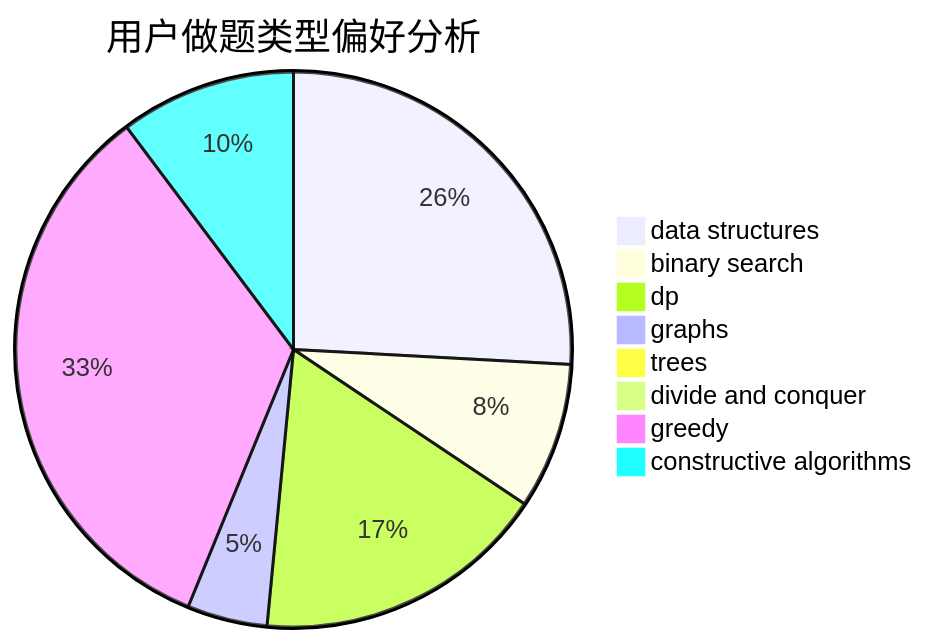
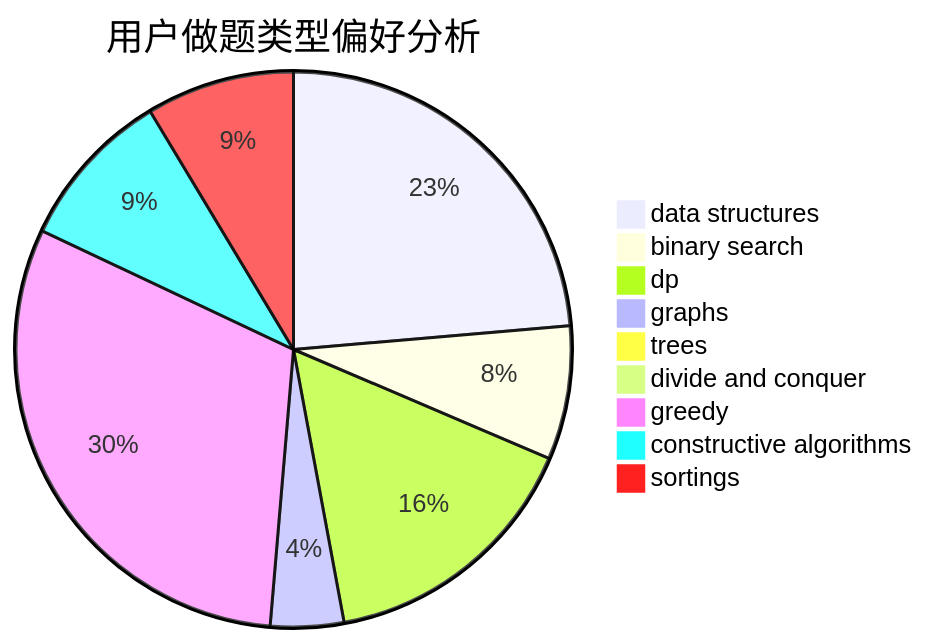
Before and after one commit to sherpahu/cfrs.github.io: the second of 3 diagrams in docs/user/u1134.md, drawn with Mermaid. The commit also changed other lines of this file and 2769 other files, not shown here.

````diff
--- a/docs/user/u1134.md
+++ b/docs/user/u1134.md
@@ -23,11 +18,12 @@
 ```mermaid
 pie title 用户做题类型偏好分析
     "data structures" :  255
     "binary search" :  84
     "dp" :  169
     "graphs" :  46
     "trees" :  1
     "divide and conquer" :  7
     "greedy" :  331
     "constructive algorithms" :  101
+    "sortings" :  93
 ```
````
